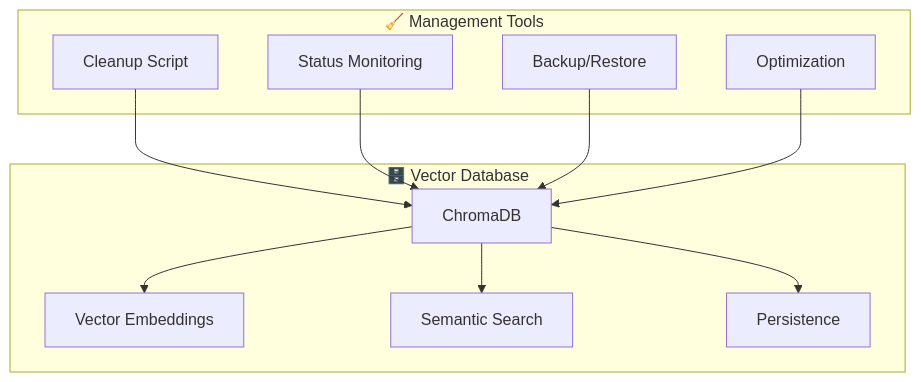
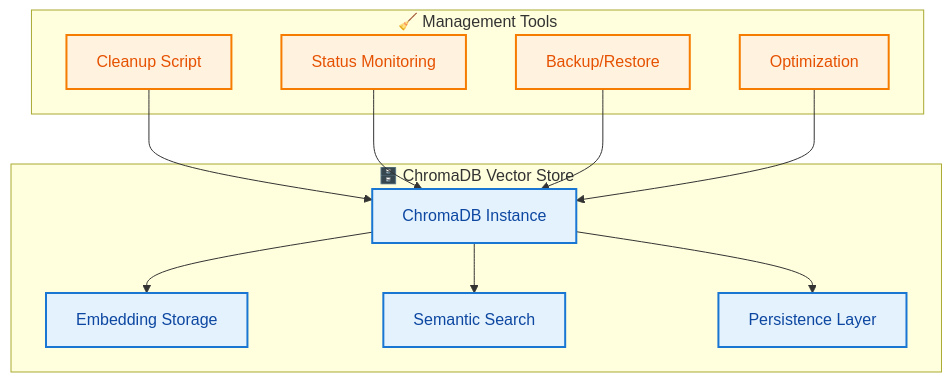
One commit to khaosans/basic-chat changed the ninth of 11 diagrams in docs/FEATURES.md. Above: the diagram before and after it, drawn with Mermaid. The commit also changed other lines of this file and 2 other files, not shown here.

Commit message:
docs: fix organization, footer, and mermaid styling in README and FEATURES; add footer to DEVELOPMENT.md

````diff
--- a/docs/FEATURES.md
+++ b/docs/FEATURES.md
@@ -693,25 +754,31 @@
 ```mermaid
 graph TB
-    subgraph "🗄️ Vector Database"
-        CHROMA[ChromaDB]
-        EMBEDDINGS[Vector Embeddings]
+    subgraph "🗄️ ChromaDB Vector Store"
+        CHROMA[ChromaDB Instance]
+        EMBEDDINGS[Embedding Storage]
         SEARCH[Semantic Search]
-        PERSIST[Persistence]
+        PERSIST[Persistence Layer]
     end
     
     subgraph "🧹 Management Tools"
         CLEANUP[Cleanup Script]
         STATUS[Status Monitoring]
         BACKUP[Backup/Restore]
         OPTIMIZE[Optimization]
     end
     
     CHROMA --> EMBEDDINGS
     CHROMA --> SEARCH
     CHROMA --> PERSIST
     
     CLEANUP --> CHROMA
     STATUS --> CHROMA
     BACKUP --> CHROMA
     OPTIMIZE --> CHROMA
+    
+    classDef storage fill:#E3F2FD,stroke:#1976D2,stroke-width:2px,color:#0D47A1
+    classDef management fill:#FFF3E0,stroke:#F57C00,stroke-width:2px,color:#E65100
+    
+    class CHROMA,EMBEDDINGS,SEARCH,PERSIST storage
+    class CLEANUP,STATUS,BACKUP,OPTIMIZE management
 ```
````
